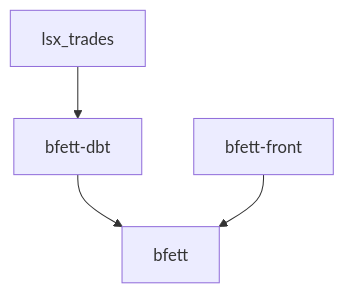
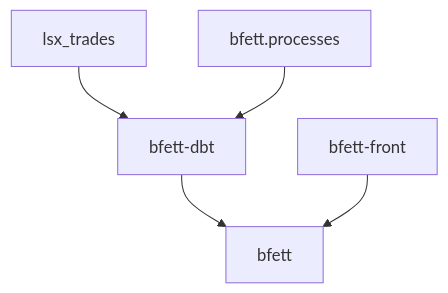
The diagram in README.md (kweinert/bfett), drawn with Mermaid before and after one commit.

````diff
--- a/README.md
+++ b/README.md
@@ -5,6 +5,7 @@
 ```mermaid
 graph TD;
     A[lsx_trades] --> B[bfett-dbt];
+    E[bfett.processes] --> B;
     B --> D[bfett];
     C[bfett-front] --> D;
 ```
````
